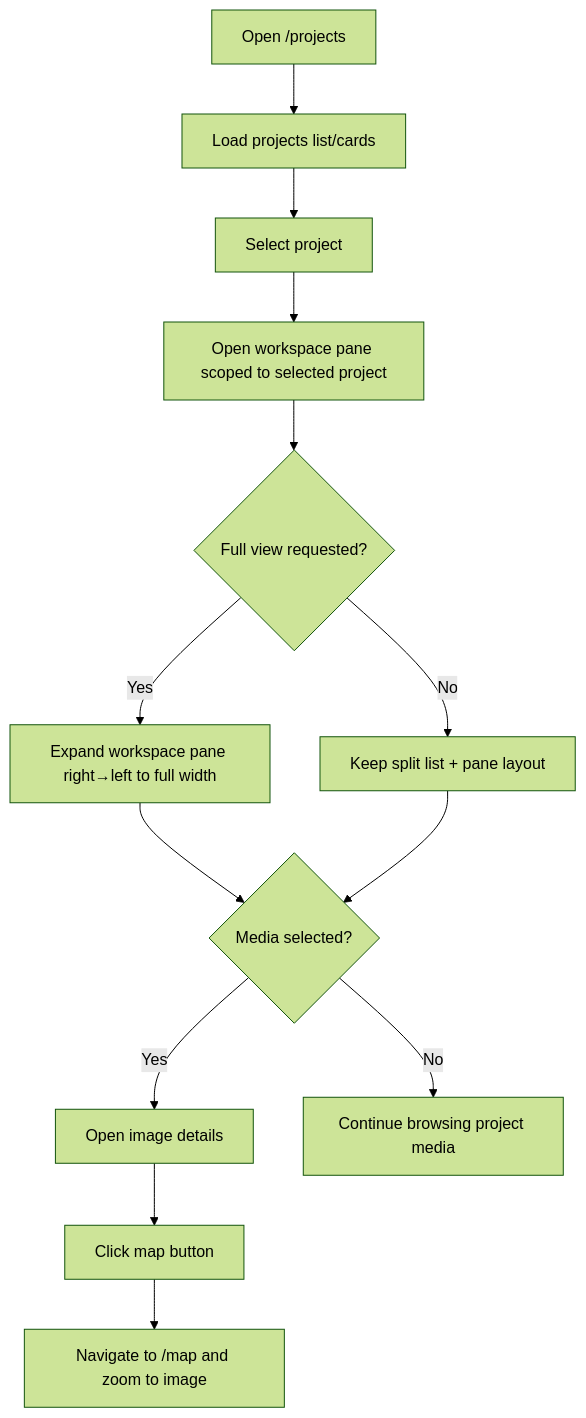
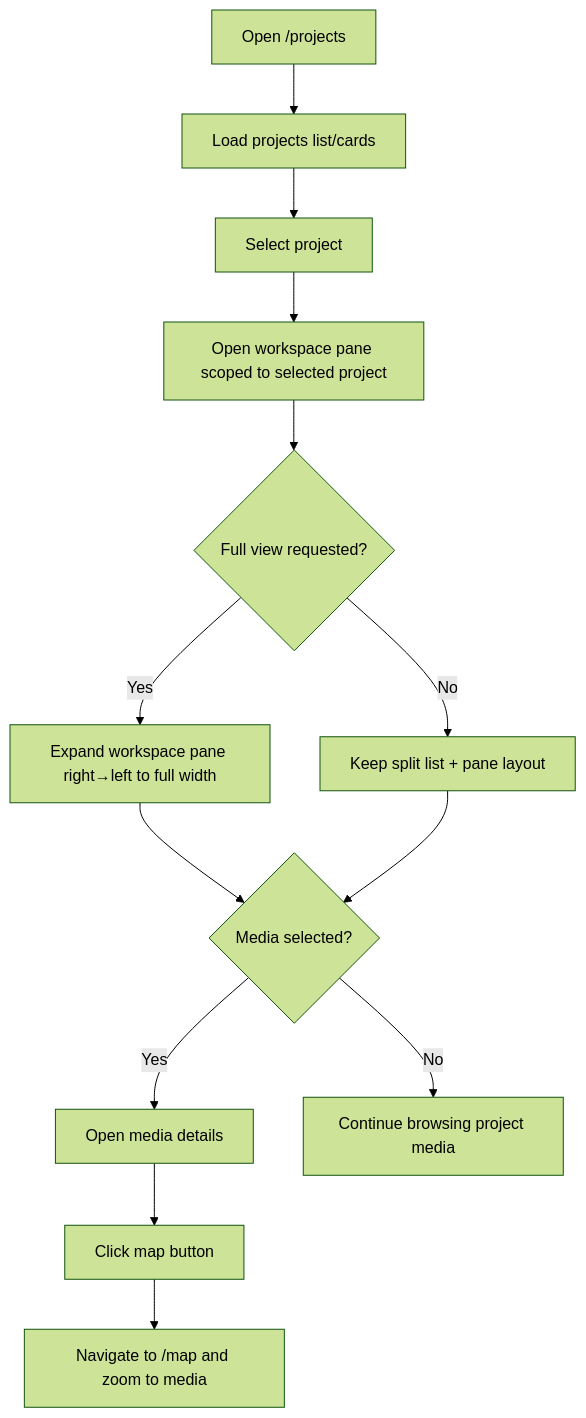
Before and after one commit to matkleve/feldpost: the first of 5 diagrams in docs/specs/component/project-details-view.md, drawn with Mermaid (forest theme). The commit also changed other lines of this file and 26 other files, not shown here.

````diff
--- a/docs/specs/component/project-details-view.md
+++ b/docs/specs/component/project-details-view.md
@@ -37,15 +37,15 @@
 ```mermaid
 flowchart TD
     A[Open /projects] --> B[Load projects list/cards]
     B --> C[Select project]
     C --> D[Open workspace pane scoped to selected project]
     D --> E{Full view requested?}
     E -- Yes --> F[Expand workspace pane right→left to full width]
     E -- No --> G[Keep split list + pane layout]
     F --> H{Media selected?}
     G --> H
-    H -- Yes --> I[Open image details]
+    H -- Yes --> I[Open media details]
     I --> J[Click map button]
-    J --> K[Navigate to /map and zoom to image]
+    J --> K[Navigate to /map and zoom to media]
     H -- No --> L[Continue browsing project media]
 ```
````
